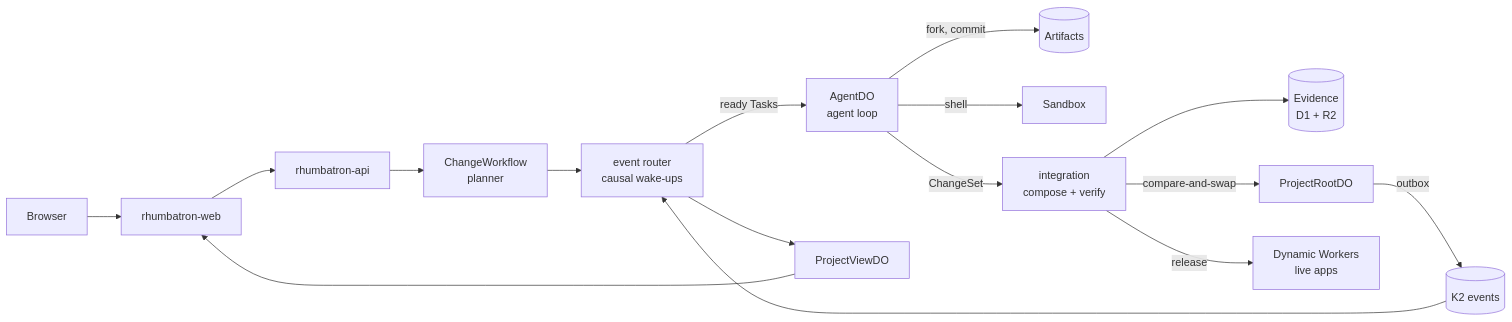
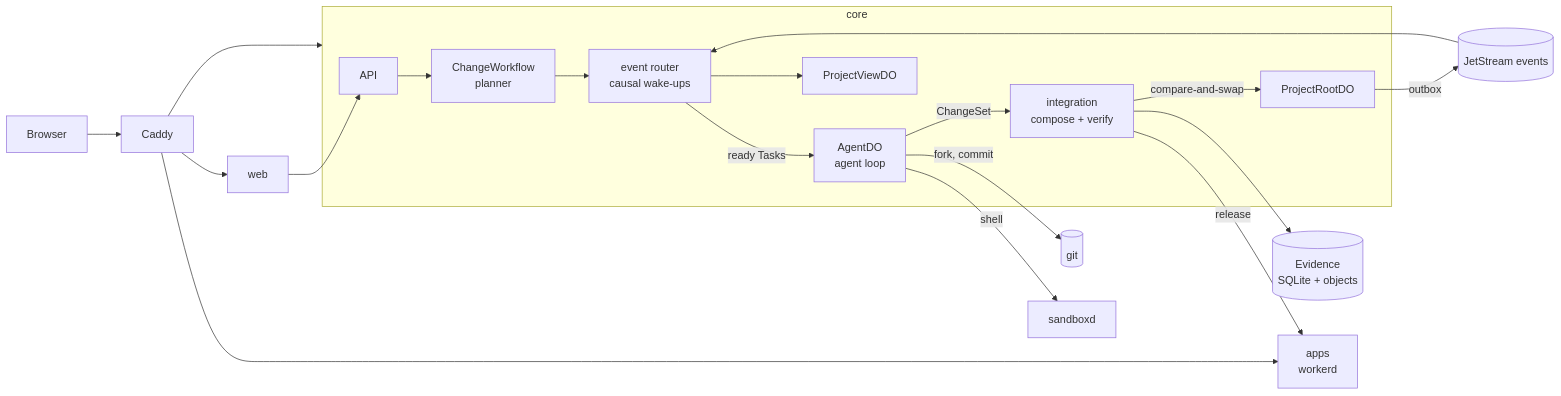
One commit to nsudhanva/rhumbatron changed the second of 2 diagrams in README.md. Above: the diagram before and after it, drawn with Mermaid. The commit also changed other lines of this file and 322 other files, not shown here.

First line of the commit message:
feat!: run Rhumbatron as one Docker Compose stack on open-source backends

````diff
--- a/README.md
+++ b/README.md
@@ -60,17 +60,22 @@
 ```mermaid
 flowchart LR
-  user[Browser] --> web[rhumbatron-web]
-  web --> api[rhumbatron-api]
-  api --> cw[ChangeWorkflow<br/>planner]
-  cw --> router[event router<br/>causal wake-ups]
-  router -->|ready Tasks| agent[AgentDO<br/>agent loop]
-  agent -->|fork, commit| art[(Artifacts)]
-  agent -->|shell| sbx[Sandbox]
-  agent -->|ChangeSet| integ[integration<br/>compose + verify]
-  integ --> ev[(Evidence<br/>D1 + R2)]
-  integ -->|compare-and-swap| root[ProjectRootDO]
-  root -->|outbox| k2[(K2 events)]
-  k2 --> router
-  router --> view[ProjectViewDO] --> web
-  integ -->|release| apps[Dynamic Workers<br/>live apps]
+  user[Browser] --> edge[Caddy]
+  edge --> web[web]
+  edge --> core
+  subgraph core[core]
+    api[API] --> cw[ChangeWorkflow<br/>planner]
+    cw --> router[event router<br/>causal wake-ups]
+    router -->|ready Tasks| agent[AgentDO<br/>agent loop]
+    agent -->|ChangeSet| integ[integration<br/>compose + verify]
+    integ -->|compare-and-swap| root[ProjectRootDO]
+    router --> view[ProjectViewDO]
+  end
+  web --> api
+  agent -->|fork, commit| git[(git)]
+  agent -->|shell| sbx[sandboxd]
+  integ --> ev[(Evidence<br/>SQLite + objects)]
+  root -->|outbox| js[(JetStream events)]
+  js --> router
+  integ -->|release| apps[apps<br/>workerd]
+  edge --> apps
 ```
````
